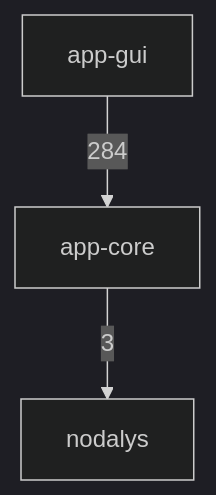
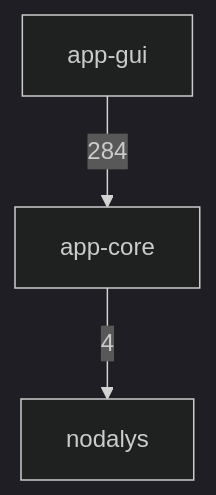
The first of 3 diagrams in docs/architecture.md (ronnymilleo/imcsim), drawn with Mermaid (dark theme) before and after one commit. The commit also changed 6 other files, not shown here.

````diff
--- a/docs/architecture.md
+++ b/docs/architecture.md
@@ -22,8 +22,8 @@
 ```mermaid
 flowchart TD
     app_gui[app-gui]
     app_core[app-core]
     nodalys[nodalys]
-    app_core -->|3| nodalys
+    app_core -->|4| nodalys
     app_gui -->|284| app_core
 ```
````
